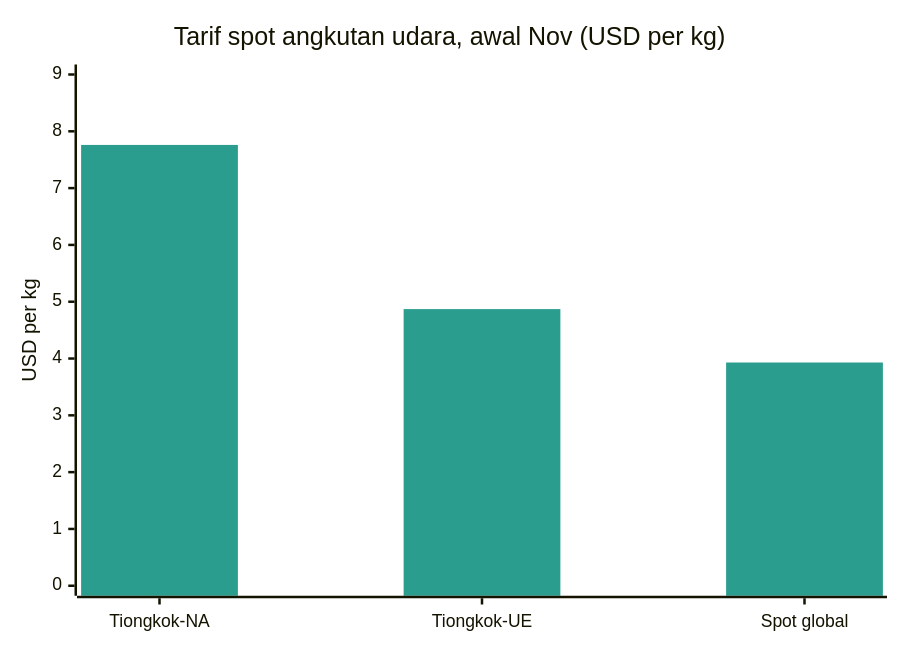
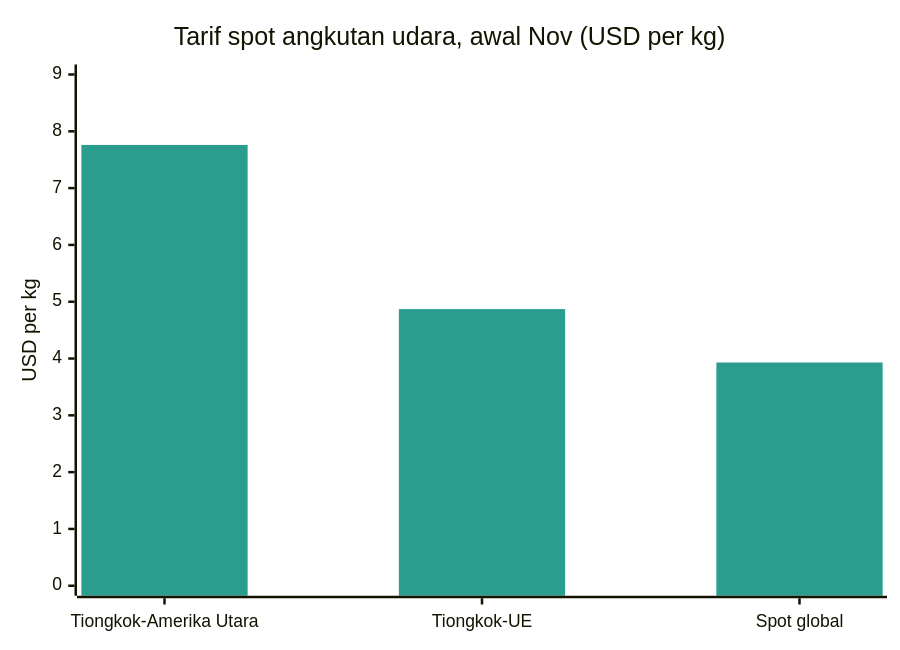
The tenth of 13 diagrams in Global-Trade-Intelligence-weekly-2026-11-16/index.id.md (dureach/research), drawn with Mermaid before and after one commit. The commit also changed other lines of this file and 5 other files, not shown here.

````diff
--- a/Global-Trade-Intelligence-weekly-2026-11-16/index.id.md
+++ b/Global-Trade-Intelligence-weekly-2026-11-16/index.id.md
@@ -527,8 +527,8 @@
 ```mermaid
 %%{init: {'theme': 'base', 'themeVariables': {'xyChart': {'plotColorPalette': '#2a9d8f'}}}}%%
 xychart-beta
     title "Tarif spot angkutan udara, awal Nov (USD per kg)"
-    x-axis ["Tiongkok-NA", "Tiongkok-UE", "Spot global"]
+    x-axis ["Tiongkok-Amerika Utara", "Tiongkok-UE", "Spot global"]
     y-axis "USD per kg" 0 --> 9
     bar [7.76, 4.87, 3.93]
 ```
````
